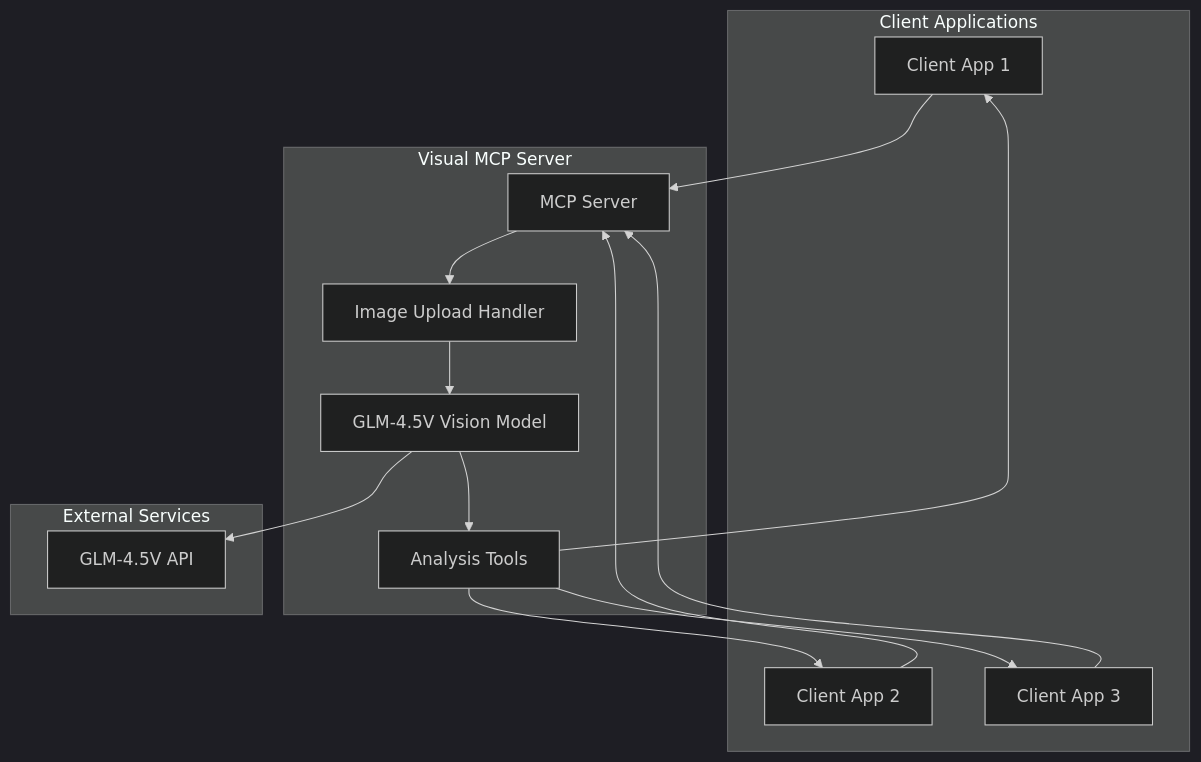
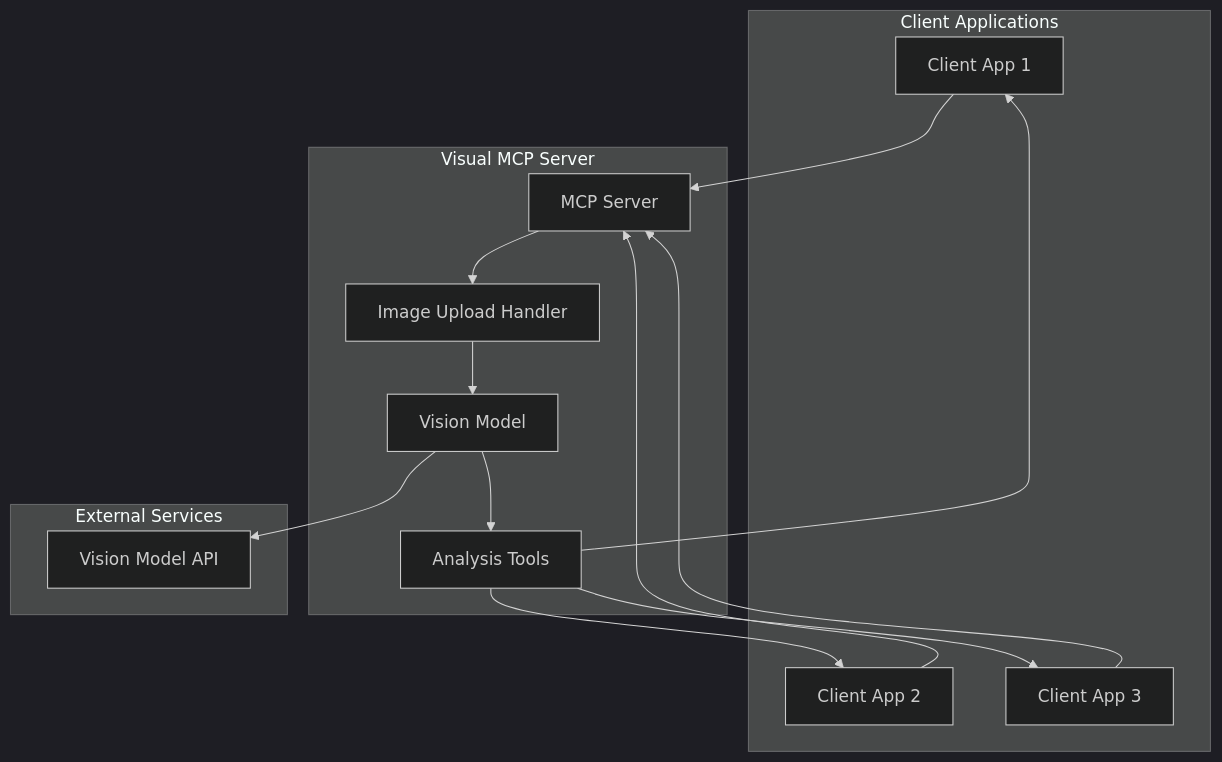
Before and after one commit to cgycorey/visual-mcp: the diagram in README.md, drawn with Mermaid (dark theme). The commit also changed other lines of this file and 1 other file, not shown here.

````diff
--- a/README.md
+++ b/README.md
@@ -237,31 +238,31 @@
 ```mermaid
 graph TB
     subgraph "Client Applications"
         A[Client App 1]
         B[Client App 2]
         C[Client App 3]
     end
     
     subgraph "Visual MCP Server"
         D[MCP Server]
         E[Image Upload Handler]
-        F[GLM-4.5V Vision Model]
+        F[Vision Model]
         G[Analysis Tools]
     end
     
     subgraph "External Services"
-        H[GLM-4.5V API]
+        H[Vision Model API]
     end
     
     A --> D
     B --> D
     C --> D
     
     D --> E
     E --> F
     F --> G
     F --> H
     G --> A
     G --> B
     G --> C
 ```
````
